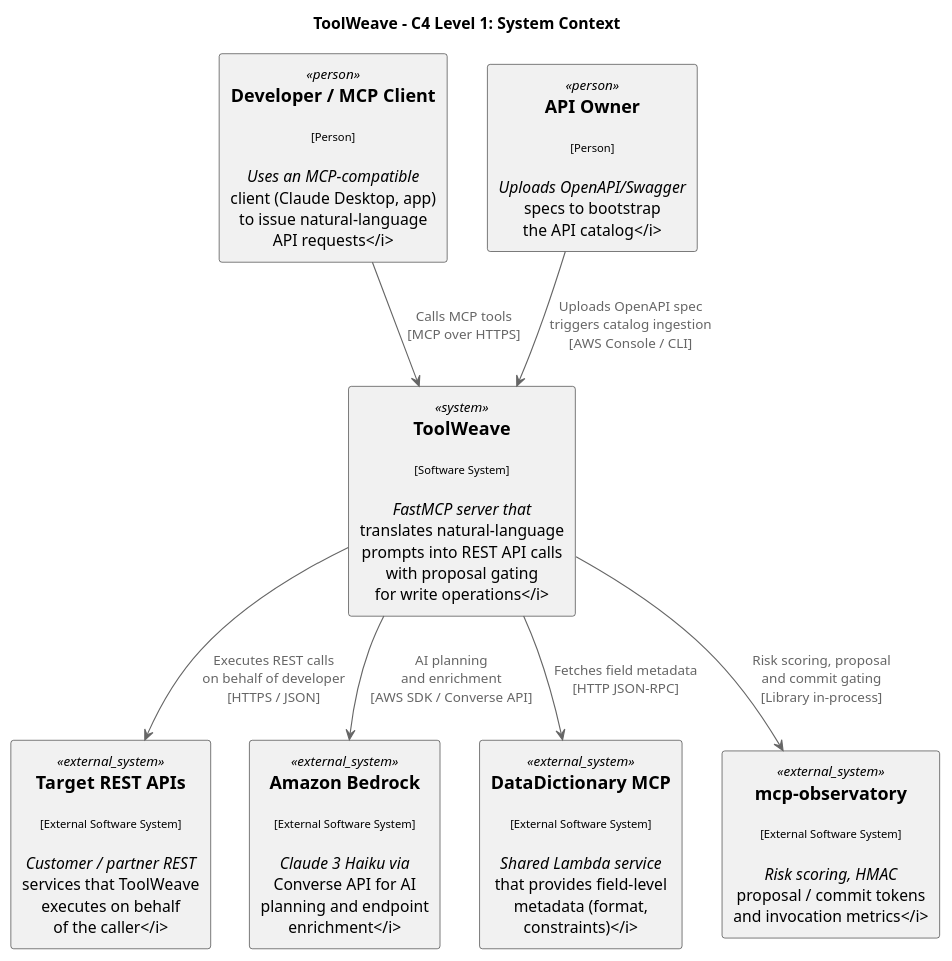
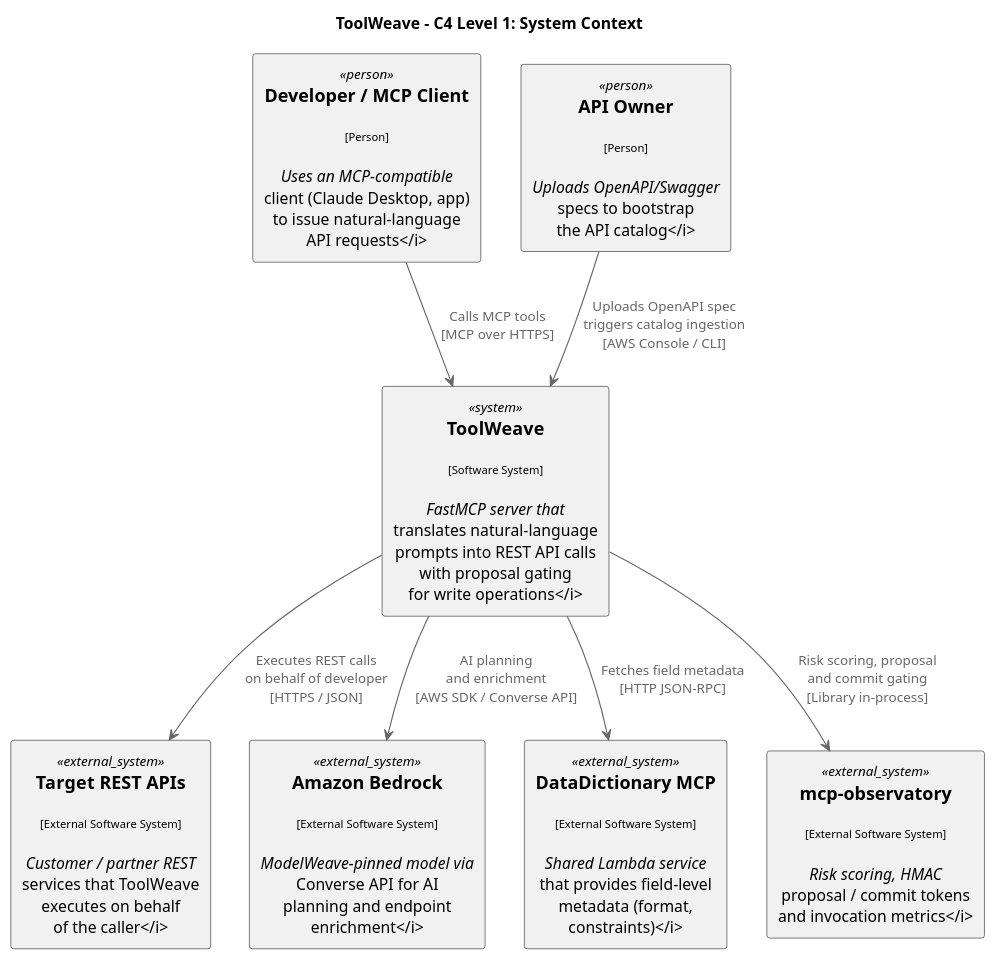
The diagram in docs/c4-context.puml (rajatarun/ToolWeave), drawn with PlantUML before and after one commit. The commit also changed 5 other files, not shown here.

First line of the commit message:
docs: rewrite architecture docs for the current deployment

```diff
--- a/docs/c4-context.puml
+++ b/docs/c4-context.puml
@@ -1,36 +1,36 @@
 @startuml C4-Context-ToolWeave
 ' C4 Level 1 - System Context Diagram
 ' ToolWeave: NL-to-REST API bridge via MCP
 
 title ToolWeave - C4 Level 1: System Context
 
 top to bottom direction
 
 !include ./assets/C4.puml
 
 ' ── Actors ───────────────────────────────────────────────────────────────────
 rectangle "==Developer / MCP Client\n\n<size:10>[Person]</size>\n\n<i>Uses an MCP-compatible\nclient (Claude Desktop, app)\nto issue natural-language\nAPI requests</i>" <<person>> as developer
 
 rectangle "==API Owner\n\n<size:10>[Person]</size>\n\n<i>Uploads OpenAPI/Swagger\nspecs to bootstrap\nthe API catalog</i>" <<person>> as api_owner
 
 ' ── Internal System ──────────────────────────────────────────────────────────
 rectangle "==ToolWeave\n\n<size:10>[Software System]</size>\n\n<i>FastMCP server that\ntranslates natural-language\nprompts into REST API calls\nwith proposal gating\nfor write operations</i>" <<system>> as toolweave
 
 ' ── External Systems ─────────────────────────────────────────────────────────
 rectangle "==Target REST APIs\n\n<size:10>[External Software System]</size>\n\n<i>Customer / partner REST\nservices that ToolWeave\nexecutes on behalf\nof the caller</i>" <<external_system>> as target_api
 
-rectangle "==Amazon Bedrock\n\n<size:10>[External Software System]</size>\n\n<i>Claude 3 Haiku via\nConverse API for AI\nplanning and endpoint\nenrichment</i>" <<external_system>> as bedrock
+rectangle "==Amazon Bedrock\n\n<size:10>[External Software System]</size>\n\n<i>ModelWeave-pinned model via\nConverse API for AI\nplanning and endpoint\nenrichment</i>" <<external_system>> as bedrock
 
 rectangle "==DataDictionary MCP\n\n<size:10>[External Software System]</size>\n\n<i>Shared Lambda service\nthat provides field-level\nmetadata (format, constraints)</i>" <<external_system>> as data_dictionary
 
 rectangle "==mcp-observatory\n\n<size:10>[External Software System]</size>\n\n<i>Risk scoring, HMAC\nproposal / commit tokens\nand invocation metrics</i>" <<external_system>> as observatory
 
 ' ── Relationships ────────────────────────────────────────────────────────────
 developer --> toolweave : "Calls MCP tools\n[MCP over HTTPS]"
 api_owner --> toolweave : "Uploads OpenAPI spec\ntriggers catalog ingestion\n[AWS Console / CLI]"
 toolweave --> target_api : "Executes REST calls\non behalf of developer\n[HTTPS / JSON]"
 toolweave --> bedrock : "AI planning\nand enrichment\n[AWS SDK / Converse API]"
 toolweave --> data_dictionary : "Fetches field metadata\n[HTTP JSON-RPC]"
 toolweave --> observatory : "Risk scoring, proposal\nand commit gating\n[Library in-process]"
 
 @enduml
```
